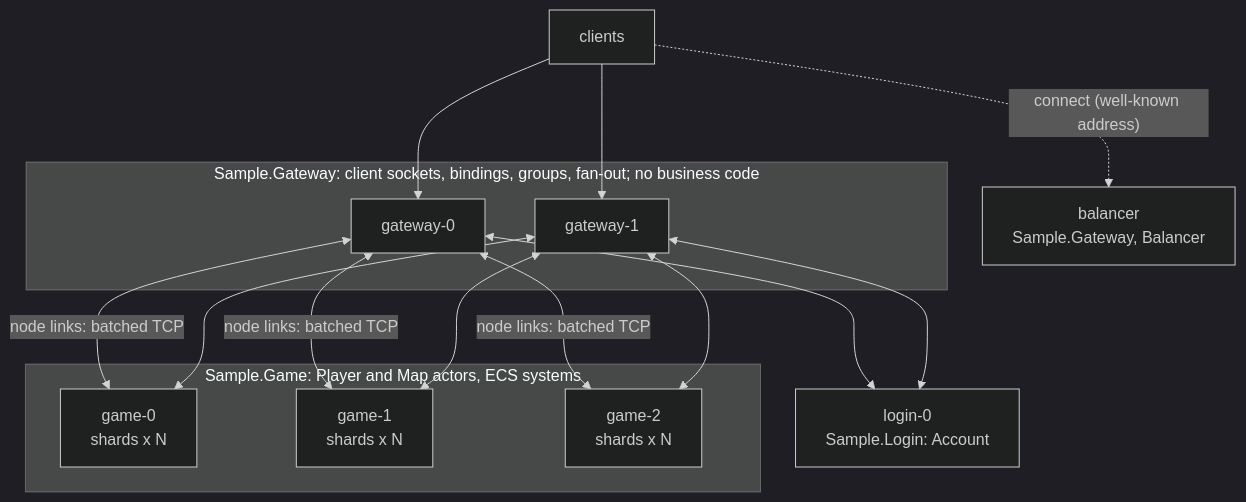
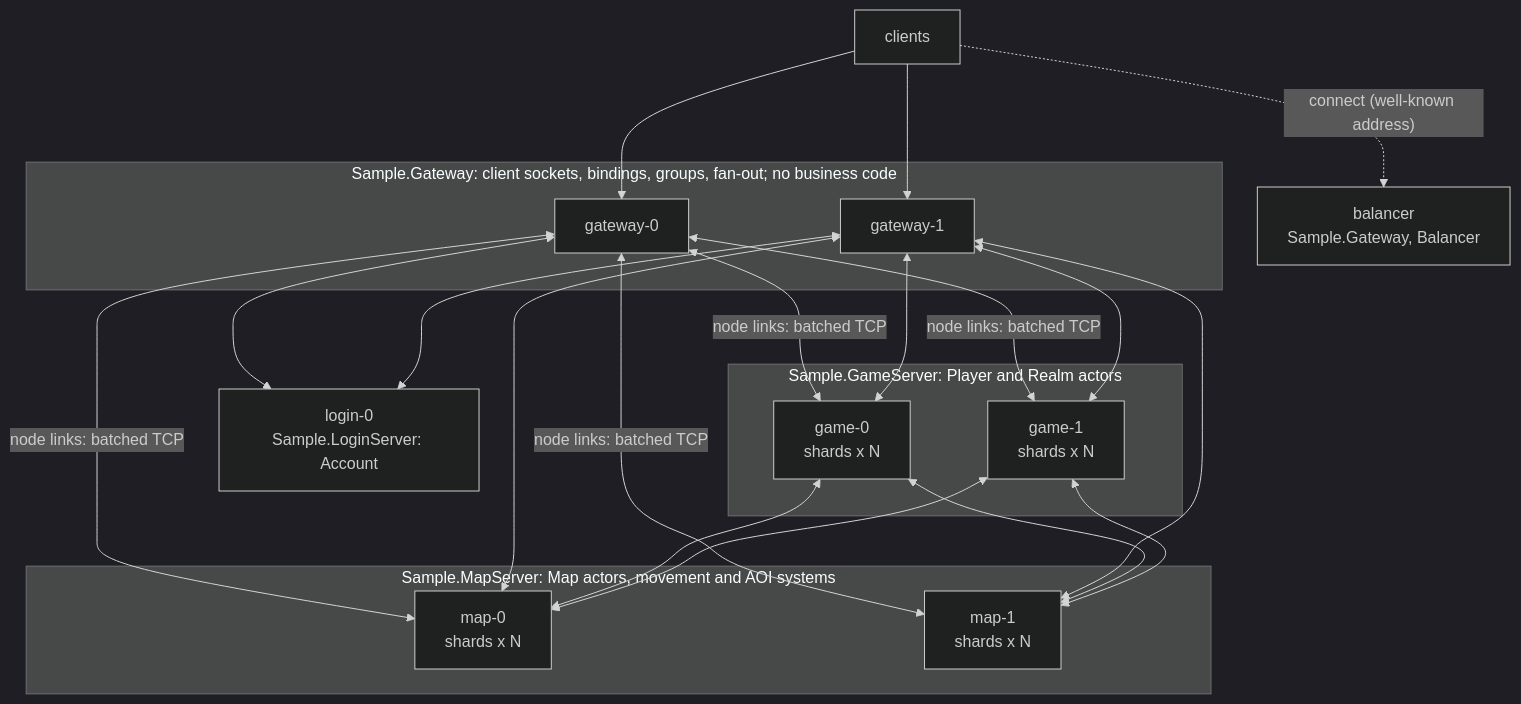
One commit to JasonXuDeveloper/DaServer changed the second of 4 diagrams in doc/design.md. Above: the diagram before and after it, drawn with Mermaid (dark theme). The commit also changed other lines of this file and 6 other files, not shown here.

First line of the commit message:
docs: message flows (ADR-038) and the per-server sample topology

````diff
--- a/doc/design.md
+++ b/doc/design.md
@@ -160,18 +168,22 @@
 ```mermaid
 flowchart TB
     C[clients] -. "connect (well-known address)" .-> D[balancer<br/>Sample.Gateway, Balancer]
     C --> G1 & G2
     subgraph gateways [Sample.Gateway: client sockets, bindings, groups, fan-out; no business code]
         G1[gateway-0]
         G2[gateway-1]
     end
-    L[login-0<br/>Sample.Login: Account]
+    L[login-0<br/>Sample.LoginServer: Account]
     G1 & G2 <--> L
-    subgraph game [Sample.Game: Player and Map actors, ECS systems]
+    subgraph game [Sample.GameServer: Player and Realm actors]
         N1[game-0<br/>shards x N]
         N2[game-1<br/>shards x N]
-        N3[game-2<br/>shards x N]
     end
-    G1 <-->|node links: batched TCP| N1 & N2 & N3
-    G2 <--> N1 & N2 & N3
+    subgraph map [Sample.MapServer: Map actors, movement and AOI systems]
+        M1[map-0<br/>shards x N]
+        M2[map-1<br/>shards x N]
+    end
+    G1 <-->|node links: batched TCP| N1 & N2 & M1 & M2
+    G2 <--> N1 & N2 & M1 & M2
+    N1 & N2 <--> M1 & M2
 ```
````
